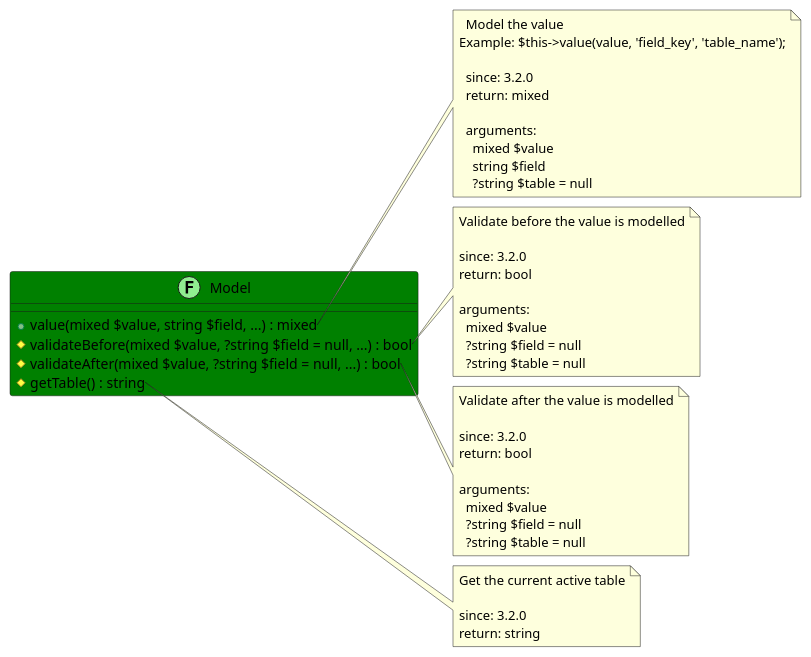
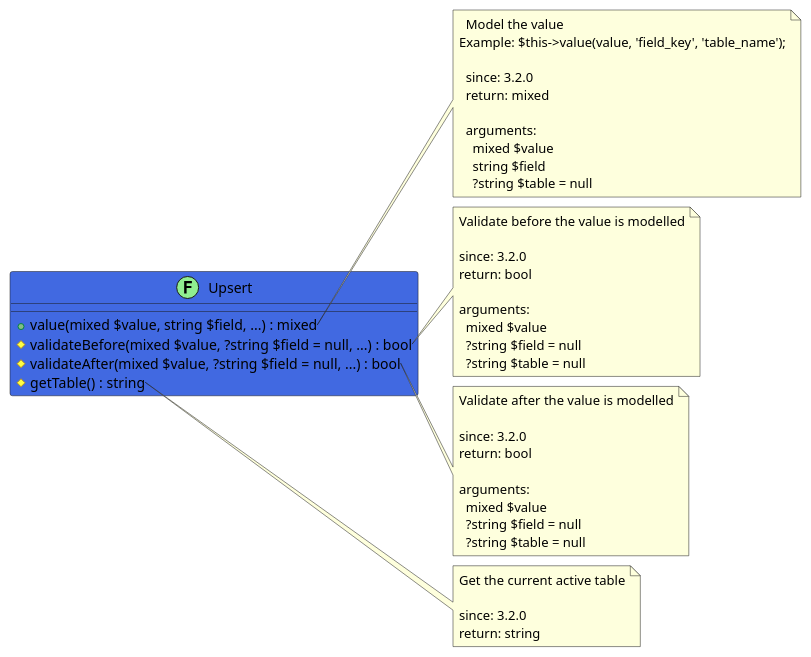
The diagram in src/7c1fb50f-8fb1-4627-8705-6fedf7182ca5/README.md (joomengine/jcb-compiler), drawn with PlantUML before and after one commit. The commit also changed other lines of this file and 725 other files, not shown here.

````diff
--- a/src/7c1fb50f-8fb1-4627-8705-6fedf7182ca5/README.md
+++ b/src/7c1fb50f-8fb1-4627-8705-6fedf7182ca5/README.md
@@ -11,55 +12,55 @@
 ```uml
 @startuml
-class Model << (F,LightGreen) >> #Green {
+class Upsert << (F,LightGreen) >> #RoyalBlue {
   + value(mixed $value, string $field, ...) : mixed
   # validateBefore(mixed $value, ?string $field = null, ...) : bool
   # validateAfter(mixed $value, ?string $field = null, ...) : bool
   # getTable() : string
 }
 
-note right of Model::value
+note right of Upsert::value
   Model the value
 Example: $this->value(value, 'field_key', 'table_name');
 
   since: 3.2.0
   return: mixed
   
   arguments:
     mixed $value
     string $field
     ?string $table = null
 end note
 
-note right of Model::validateBefore
+note right of Upsert::validateBefore
   Validate before the value is modelled
 
   since: 3.2.0
   return: bool
   
   arguments:
     mixed $value
     ?string $field = null
     ?string $table = null
 end note
 
-note right of Model::validateAfter
+note right of Upsert::validateAfter
   Validate after the value is modelled
 
   since: 3.2.0
   return: bool
   
   arguments:
     mixed $value
     ?string $field = null
     ?string $table = null
 end note
 
-note right of Model::getTable
+note right of Upsert::getTable
   Get the current active table
 
   since: 3.2.0
   return: string
 end note
  
 @enduml
 ```
````
